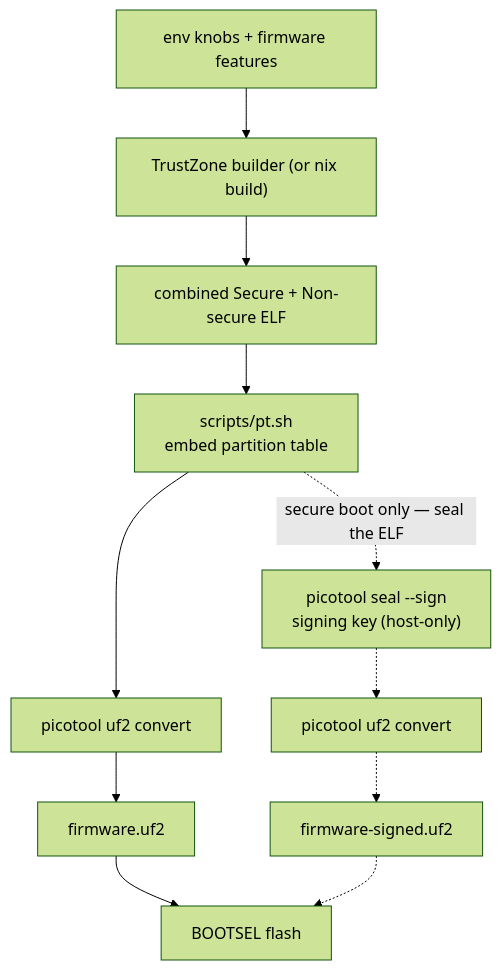
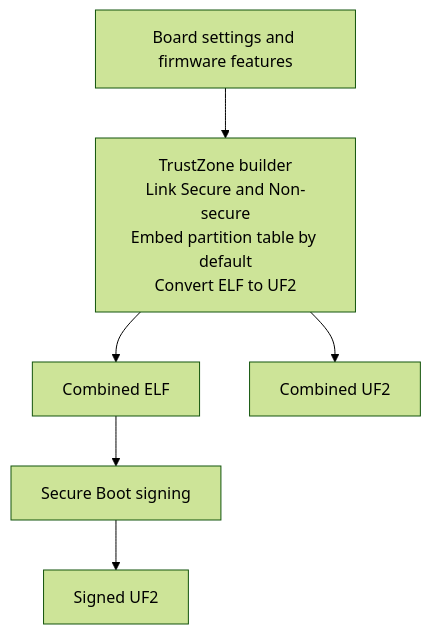
The first of 2 diagrams in docs/build.md (TheMaxMur/RS-Key), drawn with Mermaid (forest theme) before and after one commit. The commit also changed other lines of this file and 13 other files, not shown here.

First line of the commit message:
feat(build): integrate TrustZone partition packaging

````diff
--- a/docs/build.md
+++ b/docs/build.md
@@ -33,13 +22,8 @@
 ```mermaid
 flowchart TD
-    knobs["env knobs + firmware features"] --> build["TrustZone builder (or nix build)"]
-    build --> elf["combined Secure + Non-secure ELF"]
-    elf --> pt["scripts/pt.sh<br/>embed partition table"]
-    pt --> conv["picotool uf2 convert"]
-    conv --> uf2["firmware.uf2"]
-    uf2 --> flash["BOOTSEL flash"]
-    pt -. "secure boot only — seal the ELF" .-> seal["picotool seal --sign<br/>signing key (host-only)"]
-    seal -.-> sconv["picotool uf2 convert"]
-    sconv -.-> signed["firmware-signed.uf2"]
-    signed -.-> flash
+    options["Board settings and firmware features"] --> builder["TrustZone builder<br/>Link Secure and Non-secure<br/>Embed partition table by default<br/>Convert ELF to UF2"]
+    builder --> elf["Combined ELF"]
+    builder --> uf2["Combined UF2"]
+    elf --> sign["Secure Boot signing"]
+    sign --> signed["Signed UF2"]
 ```
````
